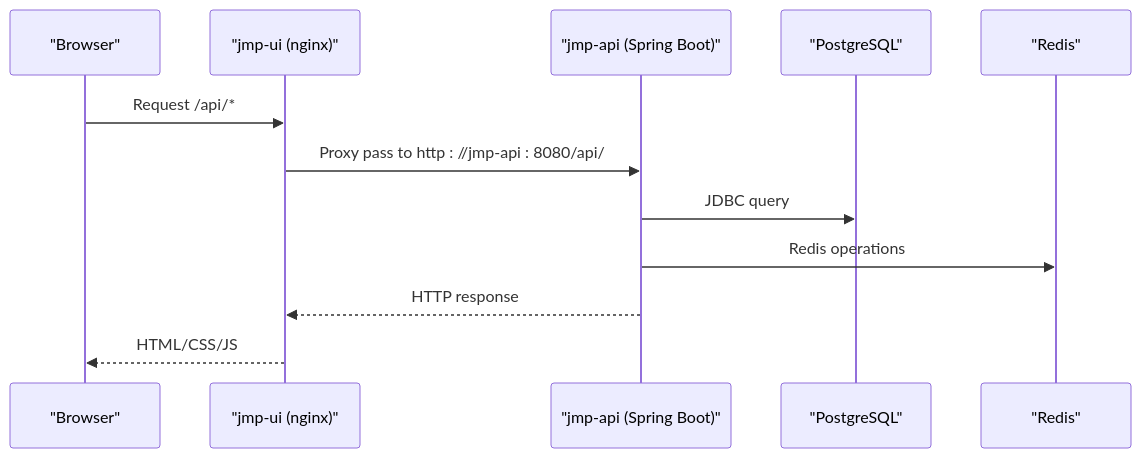
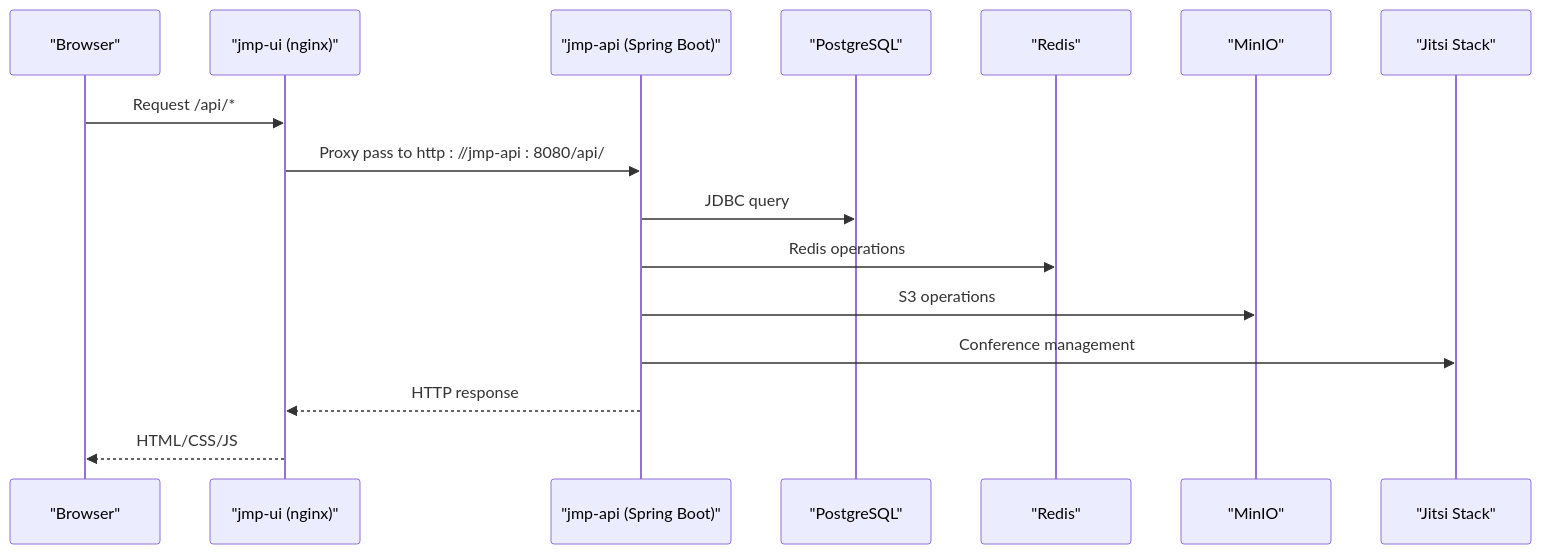
Before and after one commit to Vostrikov2014/vks-qoder: diagram 11 of 13 in .qoder/repowiki/en/content/Deployment and DevOps/Docker Configuration.md, drawn with Mermaid. The commit also changed other lines of this file and 11 other files, not shown here.

````diff
--- a/.qoder/repowiki/en/content/Deployment and DevOps/Docker Configuration.md
+++ b/.qoder/repowiki/en/content/Deployment and DevOps/Docker Configuration.md
@@ -212,14 +359,18 @@
 ```mermaid
 sequenceDiagram
 participant Browser as "Browser"
 participant UI as "jmp-ui (nginx)"
 participant API as "jmp-api (Spring Boot)"
 participant DB as "PostgreSQL"
 participant Cache as "Redis"
+participant Minio as "MinIO"
+participant Jitsi as "Jitsi Stack"
 Browser->>UI : Request /api/*
 UI->>API : Proxy pass to http : //jmp-api : 8080/api/
 API->>DB : JDBC query
 API->>Cache : Redis operations
+API->>Minio : S3 operations
+API->>Jitsi : Conference management
 API-->>UI : HTTP response
 UI-->>Browser : HTML/CSS/JS
 ```
````
